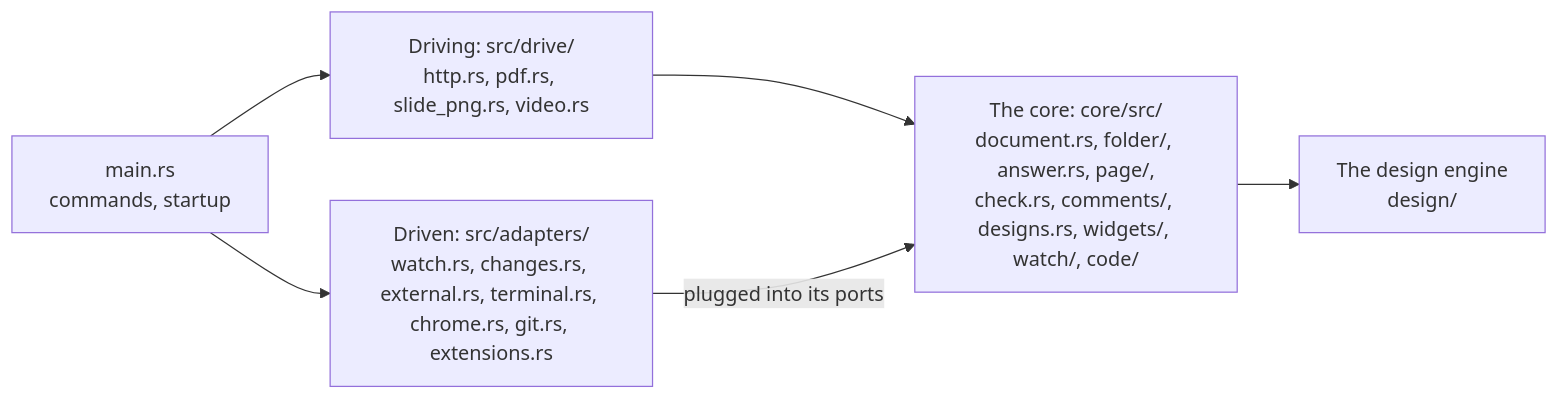
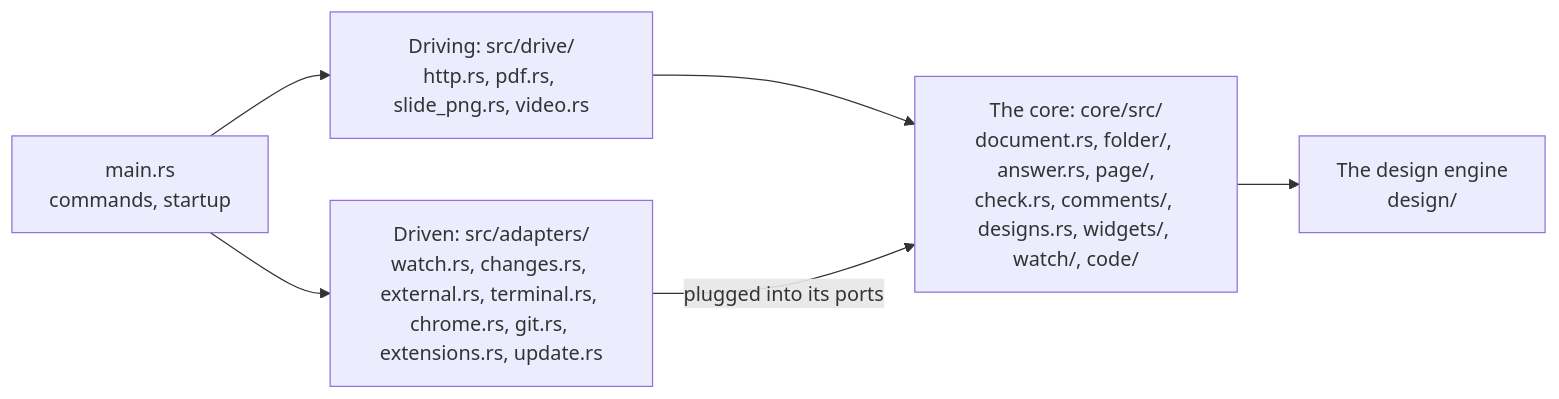
The diagram in docs/boxes/engineering/code-map/README.md (andrei512/devpage), drawn with Mermaid before and after one commit. The commit also changed other lines of this file and 6 other files, not shown here.

````diff
--- a/docs/boxes/engineering/code-map/README.md
+++ b/docs/boxes/engineering/code-map/README.md
@@ -30,13 +30,13 @@
 ```mermaid
 flowchart LR
   main["main.rs<br/>commands, startup"] --> drive["Driving: src/drive/<br/>http.rs, pdf.rs, slide_png.rs, video.rs"]
-  main --> adapters["Driven: src/adapters/<br/>watch.rs, changes.rs, external.rs, terminal.rs, chrome.rs, git.rs, extensions.rs"]
+  main --> adapters["Driven: src/adapters/<br/>watch.rs, changes.rs, external.rs, terminal.rs, chrome.rs, git.rs, extensions.rs, update.rs"]
   drive --> core["The core: core/src/<br/>document.rs, folder/, answer.rs, page/,<br/>check.rs, comments/, designs.rs, widgets/, watch/, code/"]
   adapters -- "plugged into its ports" --> core
   core --> engine["The design engine<br/>design/"]
   click main href "#how-main-wires-it-together" "How main wires it together"
   click drive href "../../viewer/serving-pages/README.md" "Serving pages"
   click adapters href "../../viewer/live-updates/README.md" "Live updates"
   click core href "../../viewer/rendering-a-page/README.md" "Rendering a page"
   click engine href "../../viewer/design-engine/README.md" "The design engine"
 ```
````
